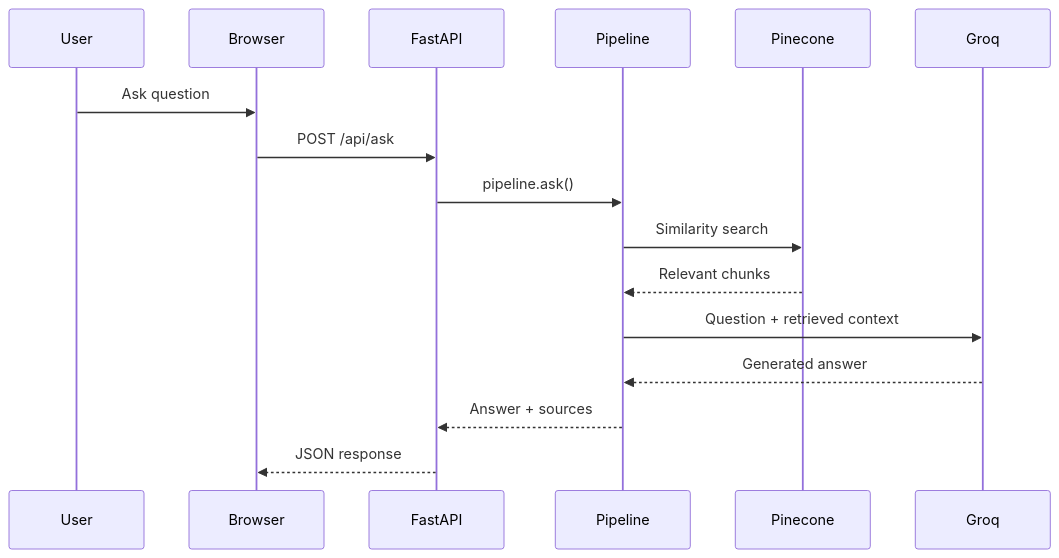
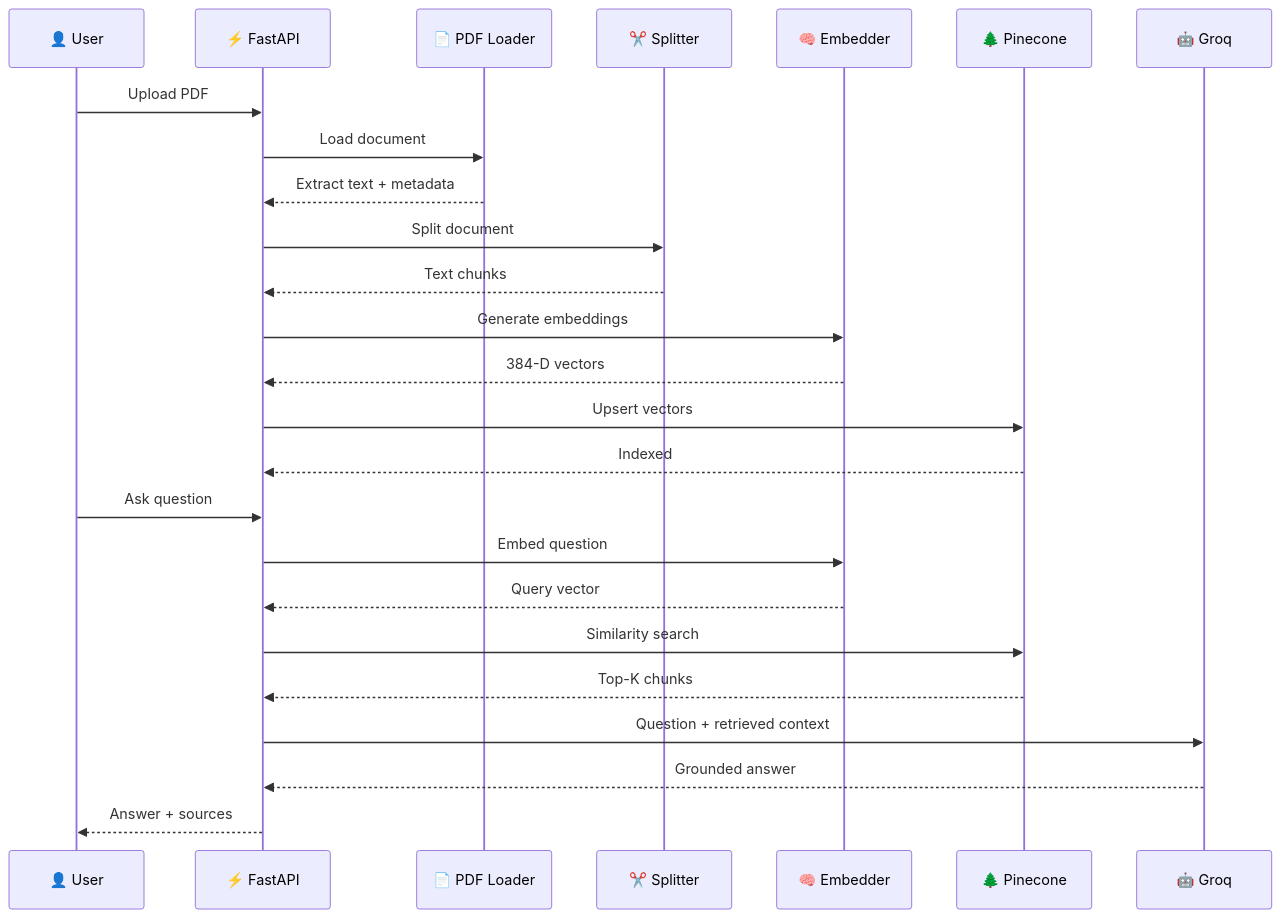
Before and after one commit to Bhababhanjan1/LLM_RAG_PROJECT-Docuflux-AI: the second of 3 diagrams in README.md, drawn with Mermaid. The commit also changed other lines of this file, not shown here.

````diff
--- a/README.md
+++ b/README.md
@@ -169,19 +320,36 @@
-``` mermaid
+```mermaid
 sequenceDiagram
-    participant User
-    participant Browser
-    participant FastAPI
-    participant Pipeline
-    participant Pinecone
-    participant Groq
 
-    User->>Browser: Ask question
-    Browser->>FastAPI: POST /api/ask
-    FastAPI->>Pipeline: pipeline.ask()
-    Pipeline->>Pinecone: Similarity search
-    Pinecone-->>Pipeline: Relevant chunks
-    Pipeline->>Groq: Question + retrieved context
-    Groq-->>Pipeline: Generated answer
-    Pipeline-->>FastAPI: Answer + sources
-    FastAPI-->>Browser: JSON response
+    participant U as 👤 User
+    participant F as ⚡ FastAPI
+    participant P as 📄 PDF Loader
+    participant S as ✂️ Splitter
+    participant E as 🧠 Embedder
+    participant PC as 🌲 Pinecone
+    participant G as 🤖 Groq
+
+    U->>F: Upload PDF
+    F->>P: Load document
+    P-->>F: Extract text + metadata
+
+    F->>S: Split document
+    S-->>F: Text chunks
+
+    F->>E: Generate embeddings
+    E-->>F: 384-D vectors
+
+    F->>PC: Upsert vectors
+    PC-->>F: Indexed
+
+    U->>F: Ask question
+    F->>E: Embed question
+    E-->>F: Query vector
+
+    F->>PC: Similarity search
+    PC-->>F: Top-K chunks
+
+    F->>G: Question + retrieved context
+    G-->>F: Grounded answer
+
+    F-->>U: Answer + sources
 ```
````
